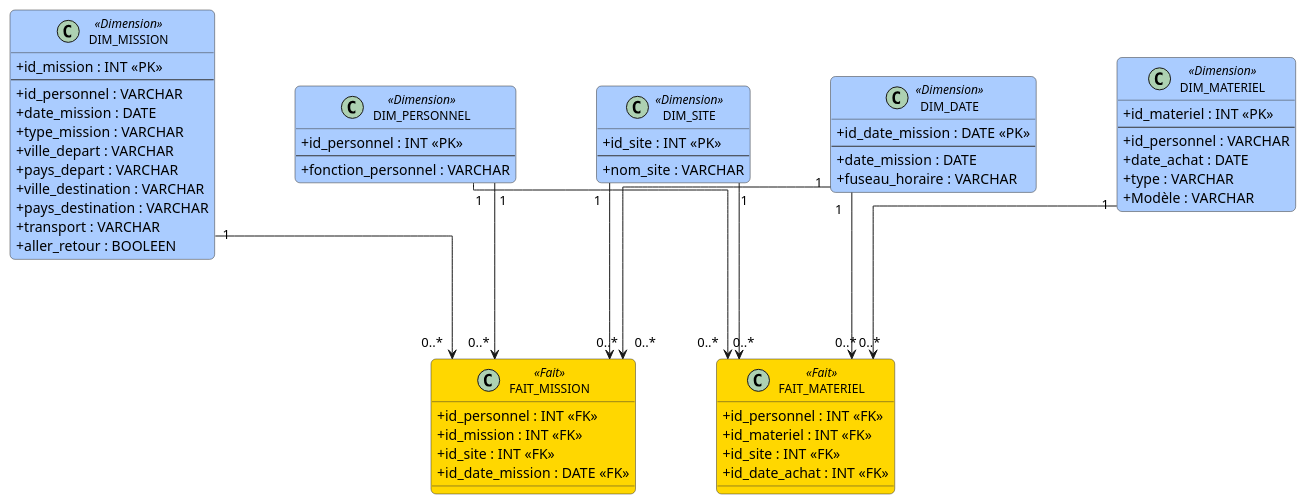
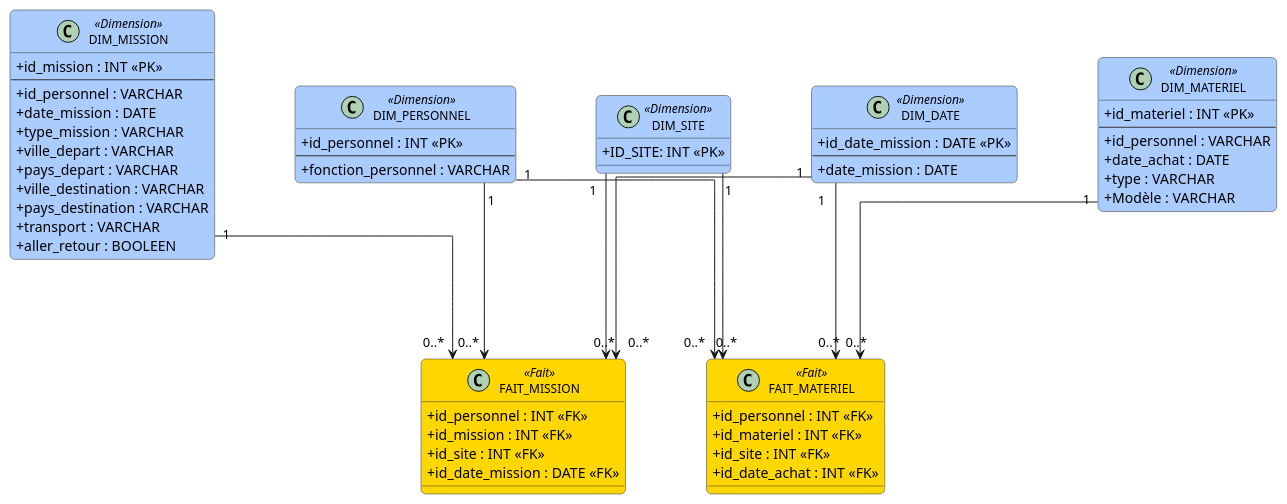
One commit to etiennevzn/GHG-inventory changed the diagram in data.puml. Above: the diagram before and after it, drawn with PlantUML. The commit also changed 9 other files, not shown here.

```diff
--- a/data.puml
+++ b/data.puml
@@ -1,100 +1,96 @@
 @startuml ModeleDonnees
 
 skinparam classAttributeIconSize 0
 skinparam linetype ortho
 skinparam nodesep 80
 skinparam ranksep 100
 skinparam shadowing false
 skinparam roundCorner 10
-
 skinparam class {
   BackgroundColor<<Fait>> #FFD700
   BackgroundColor<<Dimension>> #AACCFF
   BorderColor #333333
   FontSize 12
 }
 
 ' ===== DIMENSIONS PARTAGÉES / HAUT =====
 class DIM_MISSION << Dimension >> {
   + id_mission : INT <<PK>>
   --
   + id_personnel : VARCHAR
   + date_mission : DATE
   + type_mission : VARCHAR
   + ville_depart : VARCHAR
   + pays_depart : VARCHAR
   + ville_destination : VARCHAR
   + pays_destination : VARCHAR
   + transport : VARCHAR
   + aller_retour : BOOLEEN  
 }
 
 class DIM_MATERIEL << Dimension >> {
   + id_materiel : INT <<PK>>
   --
   + id_personnel : VARCHAR
   + date_achat : DATE
   + type : VARCHAR
   + Modèle : VARCHAR
 }
 
 ' ===== DIMENSION CENTRALE PARTAGÉE =====
 class DIM_PERSONNEL << Dimension >> {
   + id_personnel : INT <<PK>>
   --
   + fonction_personnel : VARCHAR
 }
 
 class DIM_SITE << Dimension >> {
-  + id_site : INT <<PK>>
-  --
-  + nom_site : VARCHAR
+  + ID_SITE: INT <<PK>>
 }
 
 class DIM_DATE << Dimension >> {
   + id_date_mission : DATE <<PK>>
   --
   + date_mission : DATE
-  + fuseau_horaire : VARCHAR
 }
 
 ' ===== TABLES DE FAITS =====
 class FAIT_MISSION << Fait >> {
   + id_personnel : INT <<FK>>
   + id_mission : INT <<FK>>
   + id_site : INT <<FK>>
   + id_date_mission : DATE <<FK>>
 }
 
 class FAIT_MATERIEL << Fait >> {
   + id_personnel : INT <<FK>>
   + id_materiel : INT <<FK>>
   + id_site : INT <<FK>>
   + id_date_achat : INT <<FK>>
 }
 
 ' ===== POSITIONNEMENT =====
 ' Ligne du haut : dimensions spécifiques
 DIM_MISSION  -[hidden]right- DIM_MATERIEL
 
 ' Faits côte à côte au milieu
 FAIT_MISSION -[hidden]right- FAIT_MATERIEL
 
 ' Ligne du bas : dimensions partagées
 DIM_PERSONNEL -[hidden]right- DIM_SITE
 
 ' ===== RELATIONS FAIT_MISSION =====
 DIM_MISSION       "1" --> "0..*" FAIT_MISSION
 DIM_PERSONNEL     "1" --> "0..*" FAIT_MISSION
 DIM_SITE          "1" --> "0..*" FAIT_MISSION
 DIM_DATE    "1" --> "0..*" FAIT_MISSION
 
 ' ===== RELATIONS FAIT_MATERIEL =====
 DIM_MATERIEL      "1" --> "0..*" FAIT_MATERIEL
 DIM_PERSONNEL     "1" --> "0..*" FAIT_MATERIEL
 DIM_SITE          "1" --> "0..*" FAIT_MATERIEL
 DIM_DATE  "1" --> "0..*" FAIT_MATERIEL
 
 
 
 @enduml
```
